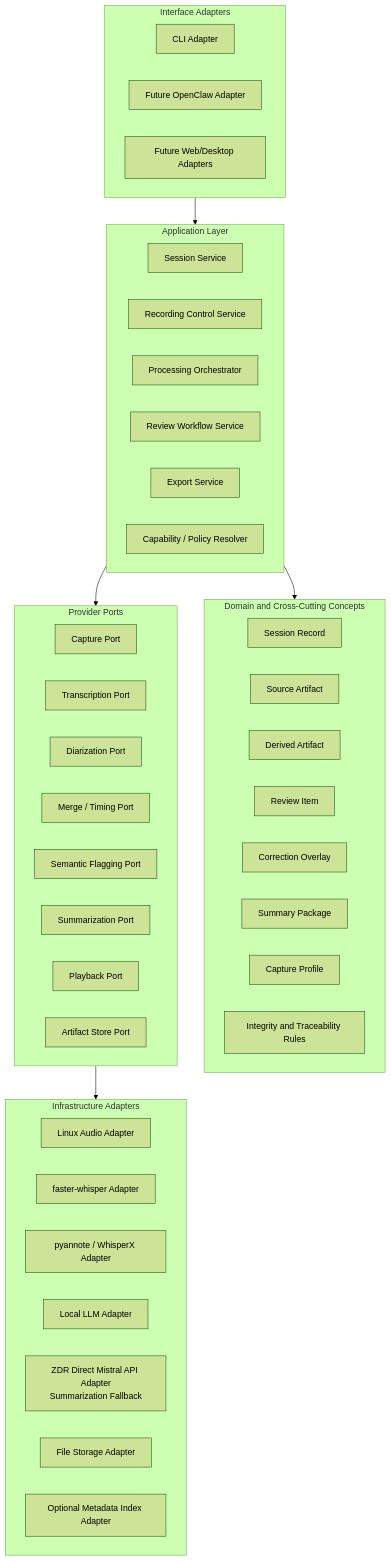
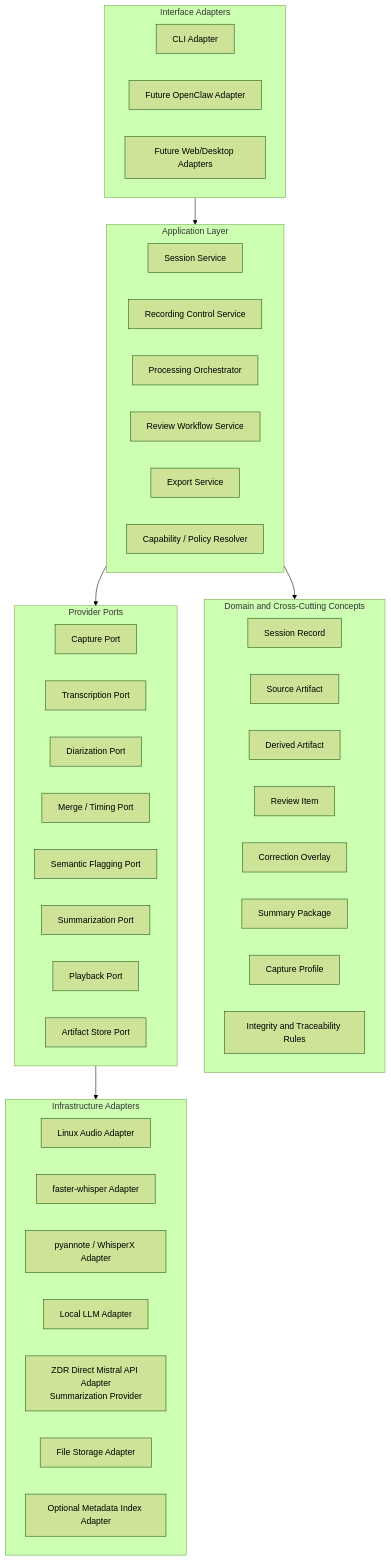
The second of 3 diagrams in docs/architecture/architecture-overview.md (dothackerman/mena), drawn with Mermaid (forest theme) before and after one commit. The commit also changed other lines of this file and 2 other files, not shown here.

Commit message:
Clarify Mistral review feedback

````diff
--- a/docs/architecture/architecture-overview.md
+++ b/docs/architecture/architecture-overview.md
@@ -262,54 +262,54 @@
 ```mermaid
 flowchart TD
     subgraph I[Interface Adapters]
         CLI[CLI Adapter]
         OCA[Future OpenClaw Adapter]
         WUI[Future Web/Desktop Adapters]
     end
 
     subgraph A[Application Layer]
         SS[Session Service]
         RCS[Recording Control Service]
         PO[Processing Orchestrator]
         RW[Review Workflow Service]
         ES[Export Service]
         CPR[Capability / Policy Resolver]
     end
 
     subgraph D[Domain and Cross-Cutting Concepts]
         SR[Session Record]
         SA[Source Artifact]
         DA[Derived Artifact]
         RI[Review Item]
         CO[Correction Overlay]
         SP[Summary Package]
         CP[Capture Profile]
         IT[Integrity and Traceability Rules]
     end
 
     subgraph P[Provider Ports]
         CAP[Capture Port]
         TP[Transcription Port]
         DP[Diarization Port]
         MP[Merge / Timing Port]
         SFP[Semantic Flagging Port]
         SUP[Summarization Port]
         PP[Playback Port]
         ASP[Artifact Store Port]
     end
 
     subgraph X[Infrastructure Adapters]
         LA[Linux Audio Adapter]
         FW[faster-whisper Adapter]
         PW[pyannote / WhisperX Adapter]
         LLM[Local LLM Adapter]
-        Mistral[ZDR Direct Mistral API Adapter\nSummarization Fallback]
+        Mistral[ZDR Direct Mistral API Adapter\nSummarization Provider]
         FS[File Storage Adapter]
         IDX[Optional Metadata Index Adapter]
     end
 
     I --> A
     A --> D
     A --> P
     P --> X
 ```
````
